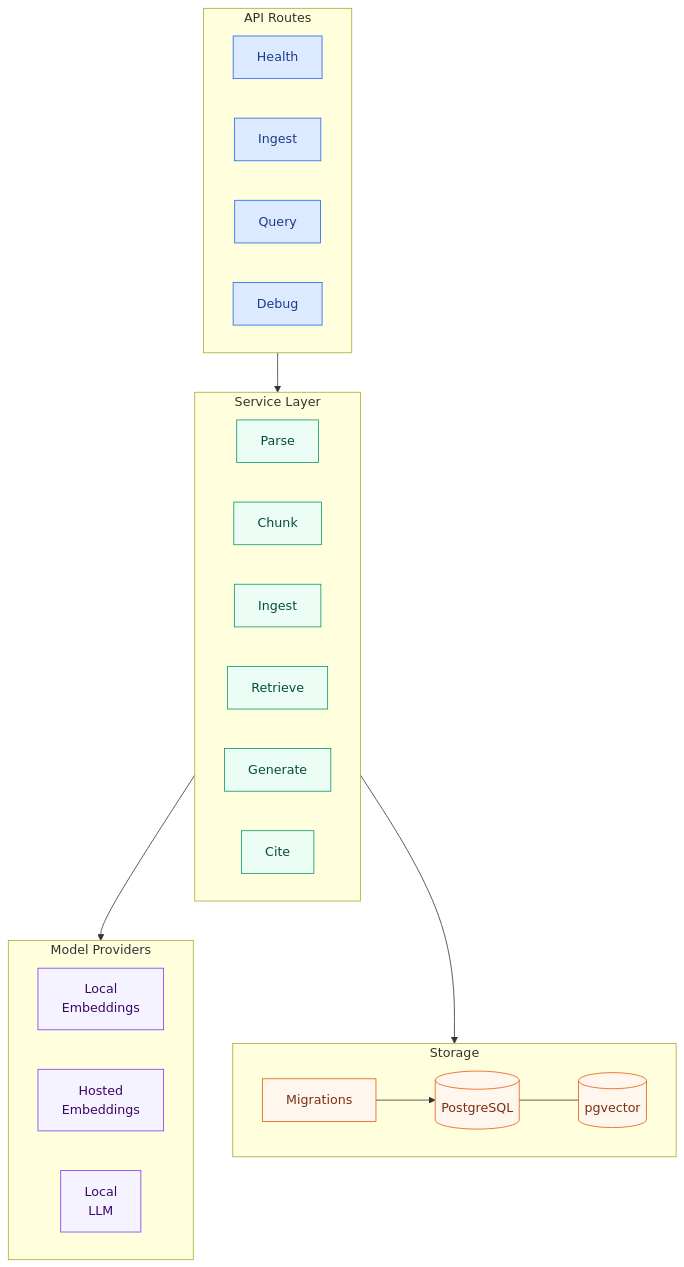
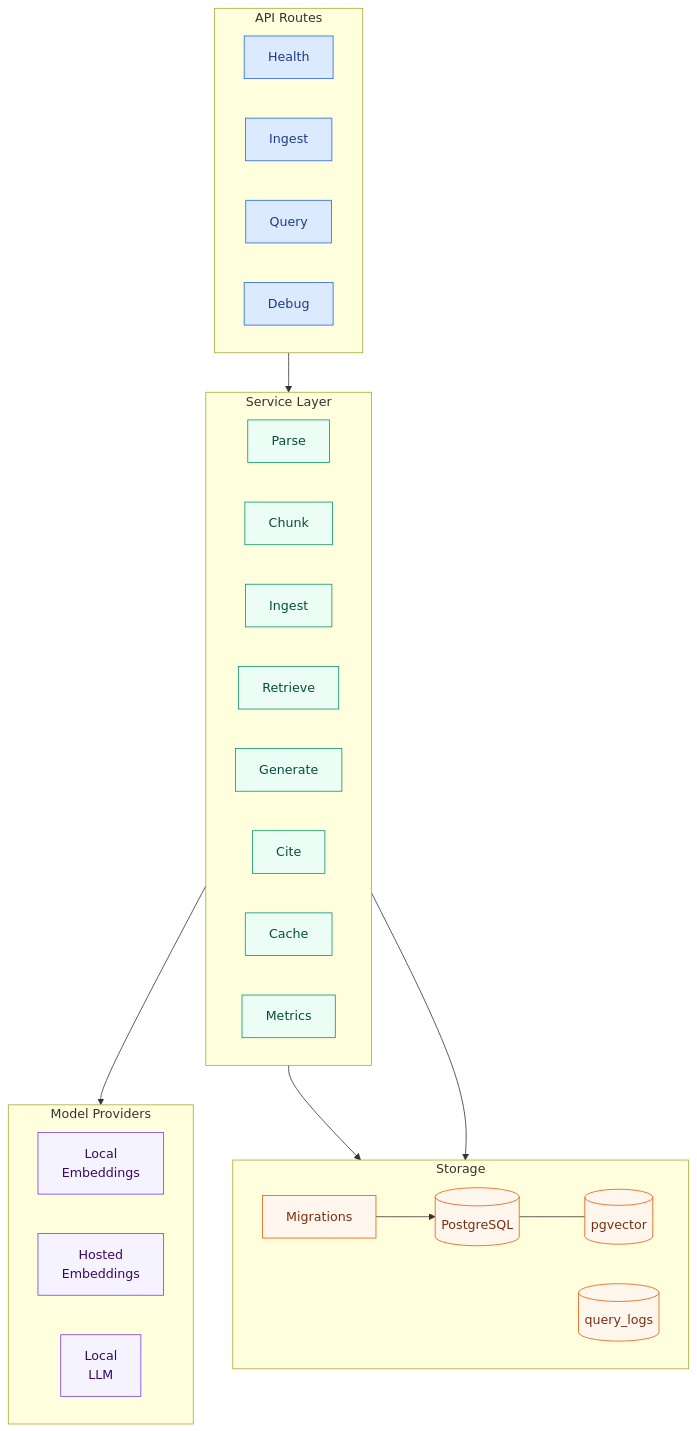
One commit to gaganm1124/knowledge-assistant changed the third of 3 diagrams in README.md. Above: the diagram before and after it, drawn with Mermaid. The commit also changed other lines of this file and 15 other files, not shown here.

Commit message:
Add query caching and telemetry services; update README and API to reflect cache integration.

````diff
--- a/README.md
+++ b/README.md
@@ -98,45 +110,49 @@
 ```mermaid
 flowchart TB
     subgraph Routes["API Routes"]
         direction LR
         Health["Health"]:::route
         IngestRoute["Ingest"]:::route
         QueryRoute["Query"]:::route
         DebugRoute["Debug"]:::route
     end
 
     subgraph Services["Service Layer"]
         direction LR
         ParseSvc["Parse"]:::service
         ChunkSvc["Chunk"]:::service
         IngestSvc["Ingest"]:::service
         RetrievalSvc["Retrieve"]:::service
         GenerationSvc["Generate"]:::service
         CitationSvc["Cite"]:::service
+        CacheSvc["Cache"]:::service
+        MetricsSvc["Metrics"]:::service
     end
 
     subgraph Providers["Model Providers"]
         direction LR
         LocalEmbeddings["Local<br/>Embeddings"]:::provider
         HostedEmbeddings["Hosted<br/>Embeddings"]:::provider
         LocalLLM["Local<br/>LLM"]:::provider
     end
 
     subgraph Storage["Storage"]
         direction LR
         Postgres[("PostgreSQL")]:::storage
         Pgvector[("pgvector")]:::storage
+        QueryLogs[("query_logs")]:::storage
         Alembic["Migrations"]:::storage
     end
 
     Routes --> Services
     Services --> Providers
     Services --> Storage
     Postgres --- Pgvector
+    MetricsSvc --> QueryLogs
     Alembic --> Postgres
 
     classDef route fill:#dbeafe,stroke:#2563eb,color:#1e3a8a;
     classDef service fill:#ecfdf5,stroke:#059669,color:#064e3b;
     classDef provider fill:#f5f3ff,stroke:#7c3aed,color:#3b0764;
     classDef storage fill:#fff7ed,stroke:#ea580c,color:#7c2d12;
 ```
````
